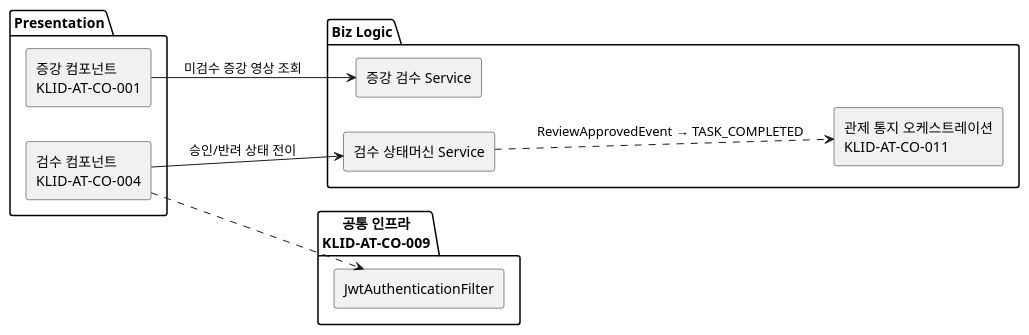
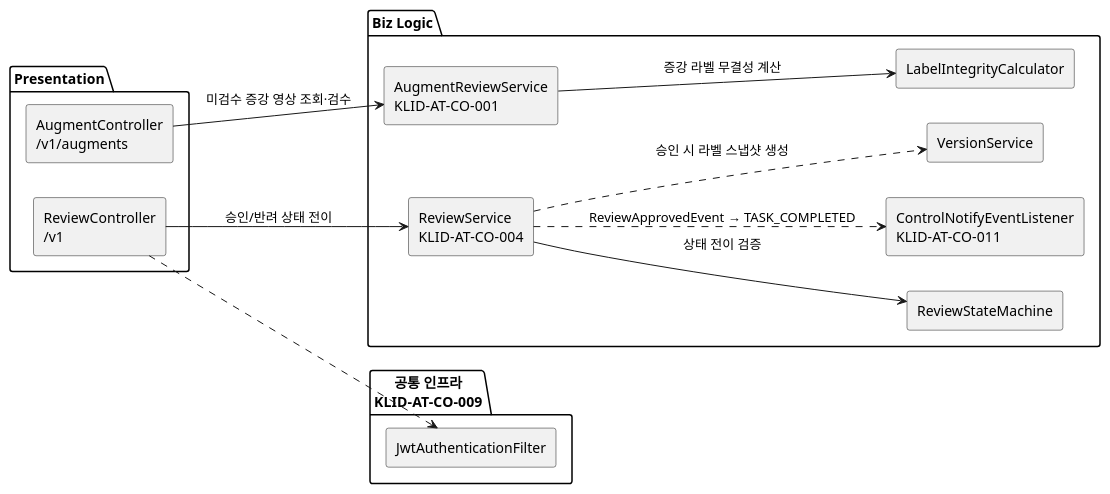
Before and after one commit to New-stella/klid-label: the fourth of 5 diagrams in docs/design/D3-컴포넌트설계서.md, drawn with PlantUML. The commit also changed other lines of this file and 36 other files, not shown here.

````diff
--- a/docs/design/D3-컴포넌트설계서.md
+++ b/docs/design/D3-컴포넌트설계서.md
@@ -157,22 +177,28 @@
 ```plantuml
 @startuml
 skinparam componentStyle rectangle
 left to right direction
 package "Presentation" {
-  [검수 컴포넌트\nKLID-AT-CO-004] as RVW
-  [증강 컴포넌트\nKLID-AT-CO-001] as AUG
+  [ReviewController\n/v1] as RVWC
+  [AugmentController\n/v1/augments] as AUGC
 }
 package "Biz Logic" {
-  [검수 상태머신 Service] as RVWS
-  [증강 검수 Service] as AUGS
-  [관제 통지 오케스트레이션\nKLID-AT-CO-011] as NOTI
+  [ReviewService\nKLID-AT-CO-004] as RVWS
+  [ReviewStateMachine] as RSM
+  [AugmentReviewService\nKLID-AT-CO-001] as ARvwS
+  [LabelIntegrityCalculator] as LIC
+  [ControlNotifyEventListener\nKLID-AT-CO-011] as CNEL
+  [VersionService] as VERS
 }
 package "공통 인프라\nKLID-AT-CO-009" {
   [JwtAuthenticationFilter] as JWT
 }
-RVW --> RVWS : 승인/반려 상태 전이
-AUG --> AUGS : 미검수 증강 영상 조회
-RVW ..> JWT
-RVWS ..> NOTI : ReviewApprovedEvent → TASK_COMPLETED
+RVWC --> RVWS : 승인/반려 상태 전이
+RVWS --> RSM : 상태 전이 검증
+AUGC --> ARvwS : 미검수 증강 영상 조회·검수
+ARvwS --> LIC : 증강 라벨 무결성 계산
+RVWC ..> JWT
+RVWS ..> VERS : 승인 시 라벨 스냅샷 생성
+RVWS ..> CNEL : ReviewApprovedEvent → TASK_COMPLETED
 @enduml
 ```
````
